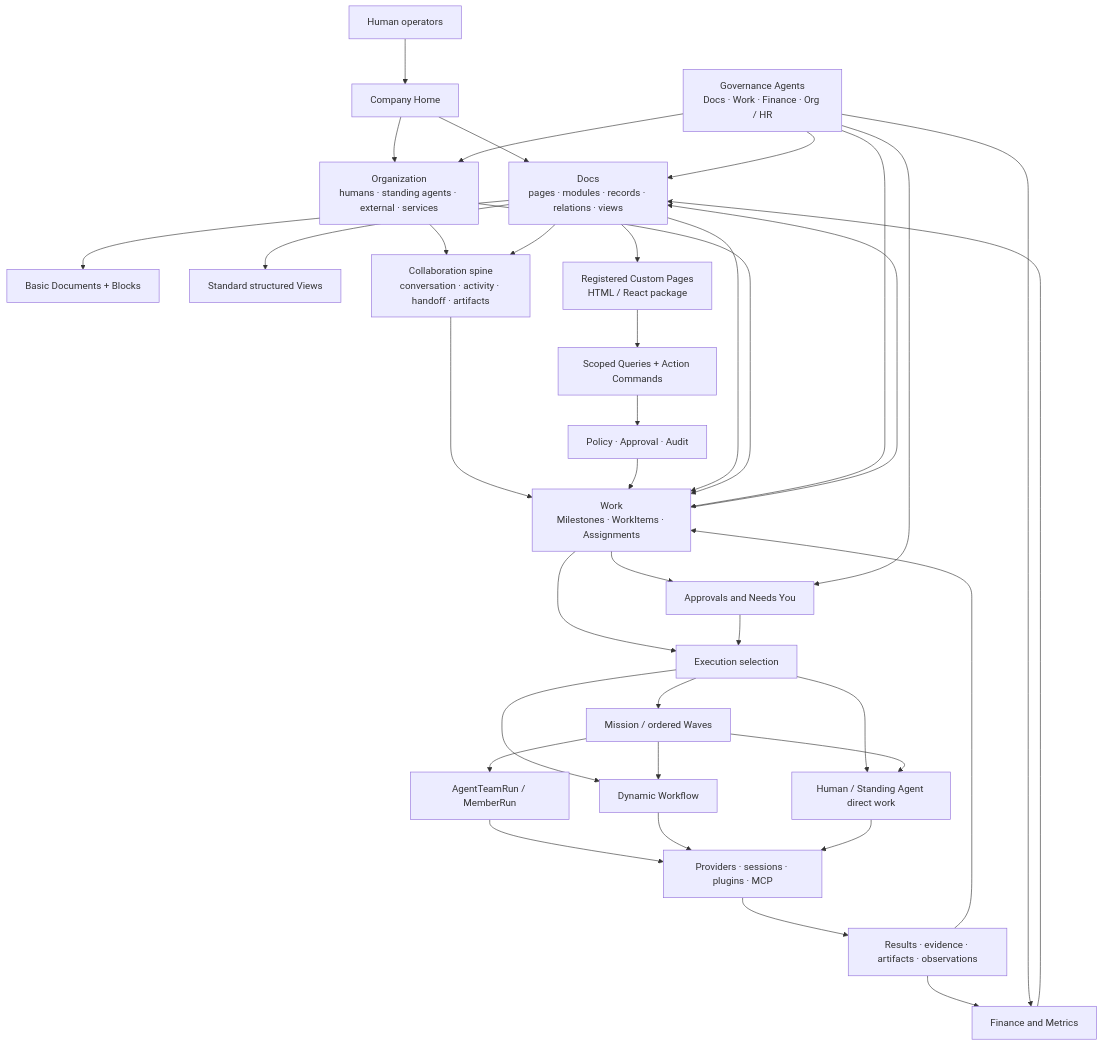
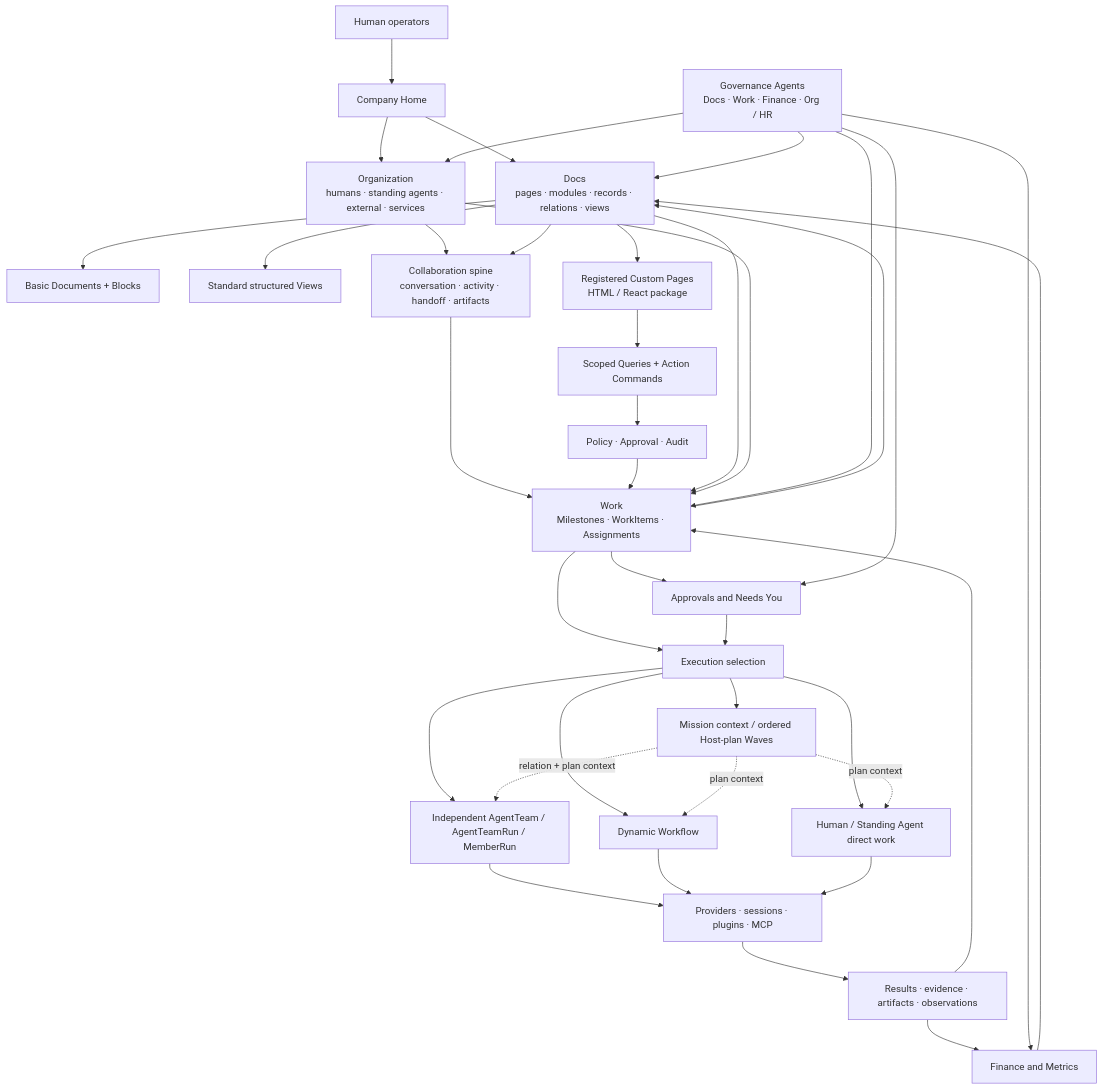
The diagram in docs/architecture-map.md (cyl19970726/multi-agent-harness), drawn with Mermaid before and after one commit. The commit also changed other lines of this file and 81 other files, not shown here.

Commit message:
feat: make waves host plans and teams mission scoped

````diff
--- a/docs/architecture-map.md
+++ b/docs/architecture-map.md
@@ -8,61 +8,62 @@
 ```mermaid
 flowchart TB
   Human["Human operators"]
   Home["Company Home"]
   Docs["Docs\npages · modules · records · relations · views"]
   Blocks["Basic Documents + Blocks"]
   Views["Standard structured Views"]
   Custom["Registered Custom Pages\nHTML / React package"]
   Actions["Scoped Queries + Action Commands"]
   Policy["Policy · Approval · Audit"]
   Org["Organization\nhumans · standing agents · external · services"]
   Collab["Collaboration spine\nconversation · activity · handoff · artifacts"]
   Work["Work\nMilestones · WorkItems · Assignments"]
   Approval["Approvals and Needs You"]
   Gov["Governance Agents\nDocs · Work · Finance · Org / HR"]
   Finance["Finance and Metrics"]
   Exec["Execution selection"]
-  Mission["Mission / ordered Waves"]
-  Team["AgentTeamRun / MemberRun"]
+  Mission["Mission context / ordered Host-plan Waves"]
+  Team["Independent AgentTeam / AgentTeamRun / MemberRun"]
   Workflow["Dynamic Workflow"]
   Direct["Human / Standing Agent direct work"]
   Runtime["Providers · sessions · plugins · MCP"]
   Result["Results · evidence · artifacts · observations"]
 
   Human --> Home
   Home --> Docs
   Home --> Org
   Org --> Collab
   Docs --> Collab
   Collab --> Work
   Docs --> Blocks
   Docs --> Views
   Docs --> Custom
   Custom --> Actions
   Actions --> Policy
   Policy --> Work
   Docs --> Work
   Org --> Work
   Work --> Approval
   Work --> Exec
   Approval --> Exec
   Exec --> Mission
+  Exec --> Team
   Exec --> Workflow
   Exec --> Direct
-  Mission --> Team
-  Mission --> Workflow
-  Mission --> Direct
+  Mission -.->|relation + plan context| Team
+  Mission -.->|plan context| Workflow
+  Mission -.->|plan context| Direct
   Team --> Runtime
   Workflow --> Runtime
   Direct --> Runtime
   Runtime --> Result
   Result --> Work
   Work --> Docs
   Result --> Finance
   Finance --> Docs
   Gov --> Docs
   Gov --> Org
   Gov --> Work
   Gov --> Finance
   Gov --> Approval
 ```
````
